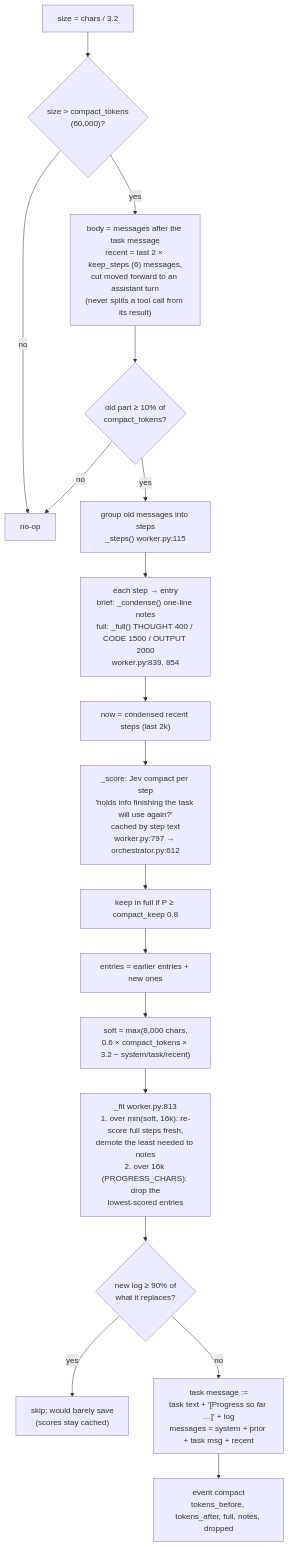
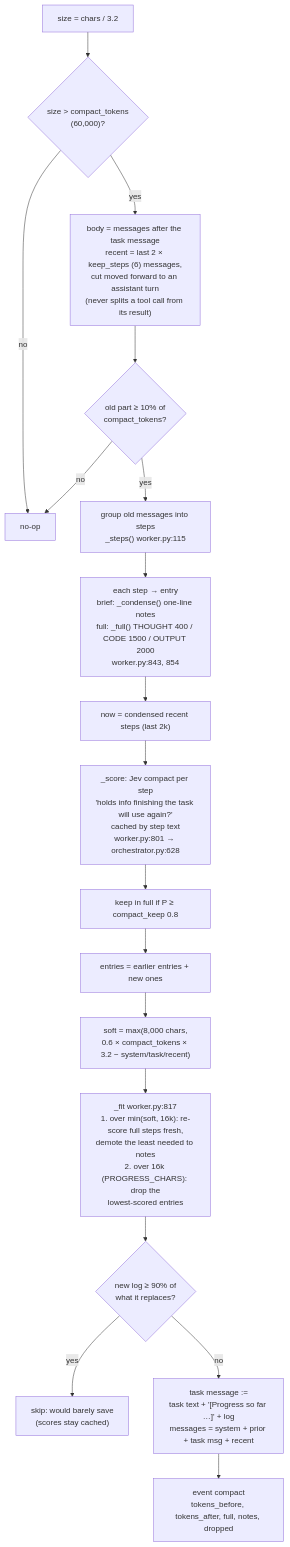
Before and after one commit to slumpsod/jev-harness: the first of 3 diagrams in docs/architecture/05-stamina.md, drawn with Mermaid. The commit also changed other lines of this file and 13 other files, not shown here.

First line of the commit message:
Architecture docs: catch up with main (failure log, session review, refinement)

````diff
--- a/docs/architecture/05-stamina.md
+++ b/docs/architecture/05-stamina.md
@@ -12,20 +12,20 @@
 ```mermaid
 flowchart TD
   A["size = chars / 3.2"] --> B{"size > compact_tokens<br/>(60,000)?"}
   B -- no --> X["no-op"]
   B -- yes --> C["body = messages after the task message<br/>recent = last 2 × keep_steps (6) messages,<br/>cut moved forward to an assistant turn<br/>(never splits a tool call from its result)"]
   C --> D{"old part ≥ 10% of<br/>compact_tokens?"}
   D -- no --> X
   D -- yes --> E["group old messages into steps<br/>_steps() worker.py:115"]
-  E --> F["each step → entry<br/>brief: _condense() one-line notes<br/>full: _full() THOUGHT 400 / CODE 1500 / OUTPUT 2000<br/>worker.py:839, 854"]
+  E --> F["each step → entry<br/>brief: _condense() one-line notes<br/>full: _full() THOUGHT 400 / CODE 1500 / OUTPUT 2000<br/>worker.py:843, 854"]
   F --> G["now = condensed recent steps (last 2k)"]
-  G --> H["_score: Jev compact per step<br/>'holds info finishing the task will use again?'<br/>cached by step text<br/>worker.py:797 → orchestrator.py:612"]
+  G --> H["_score: Jev compact per step<br/>'holds info finishing the task will use again?'<br/>cached by step text<br/>worker.py:801 → orchestrator.py:628"]
   H --> I["keep in full if P ≥ compact_keep 0.8"]
   I --> J["entries = earlier entries + new ones"]
   J --> K["soft = max(8,000 chars,<br/>0.6 × compact_tokens × 3.2 − system/task/recent)"]
-  K --> L["_fit worker.py:813<br/>1. over min(soft, 16k): re-score full steps fresh,<br/>demote the least needed to notes<br/>2. over 16k (PROGRESS_CHARS): drop the<br/>lowest-scored entries"]
+  K --> L["_fit worker.py:817<br/>1. over min(soft, 16k): re-score full steps fresh,<br/>demote the least needed to notes<br/>2. over 16k (PROGRESS_CHARS): drop the<br/>lowest-scored entries"]
   L --> M{"new log ≥ 90% of<br/>what it replaces?"}
   M -- yes --> X2["skip: would barely save<br/>(scores stay cached)"]
   M -- no --> N["task message :=<br/>task text + '[Progress so far …]' + log<br/>messages = system + prior + task msg + recent"]
   N --> O["event compact<br/>tokens_before, tokens_after, full, notes, dropped"]
 ```
````
